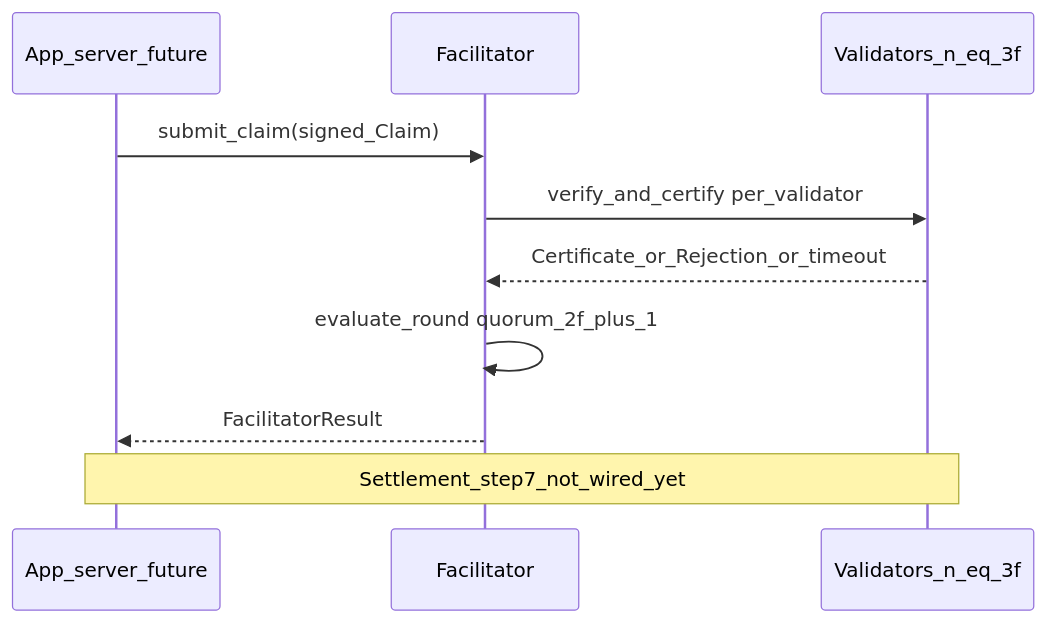
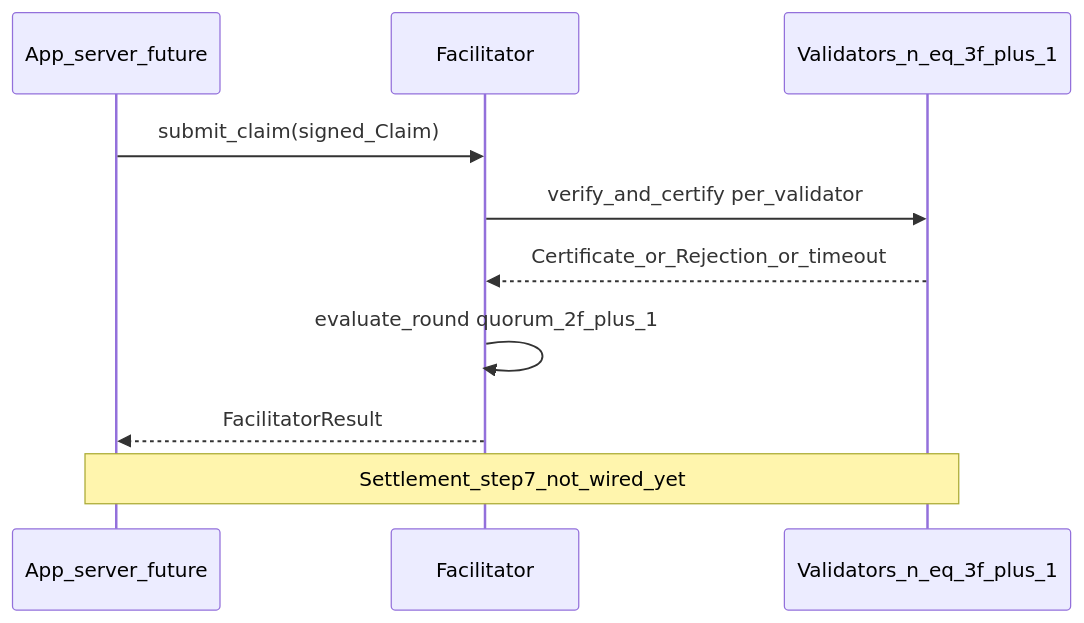
The diagram in docs/fastset-step-mapping.md (kushal238/agentic-settlement), drawn with Mermaid before and after one commit. The commit also changed other lines of this file and 2 other files, not shown here.

First line of the commit message:
Fix BFT threshold: use 3f+1 validators instead of 3f

````diff
--- a/docs/fastset-step-mapping.md
+++ b/docs/fastset-step-mapping.md
@@ -25,13 +23,13 @@
 ```mermaid
 sequenceDiagram
   participant App as App_server_future
   participant Fac as Facilitator
-  participant V as Validators_n_eq_3f
+  participant V as Validators_n_eq_3f_plus_1
 
   App->>Fac: submit_claim(signed_Claim)
   Fac->>V: verify_and_certify per_validator
   V-->>Fac: Certificate_or_Rejection_or_timeout
   Fac->>Fac: evaluate_round quorum_2f_plus_1
   Fac-->>App: FacilitatorResult
   Note over App,V: Settlement_step7_not_wired_yet
 ```
````
